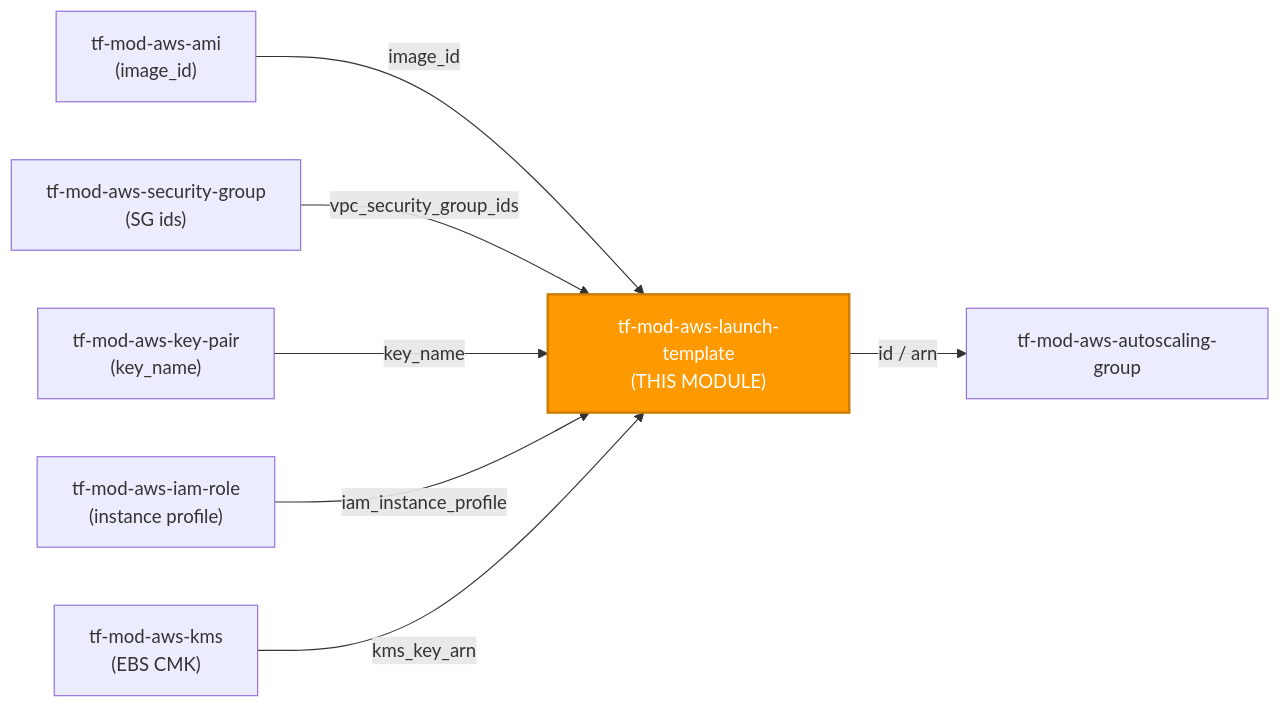
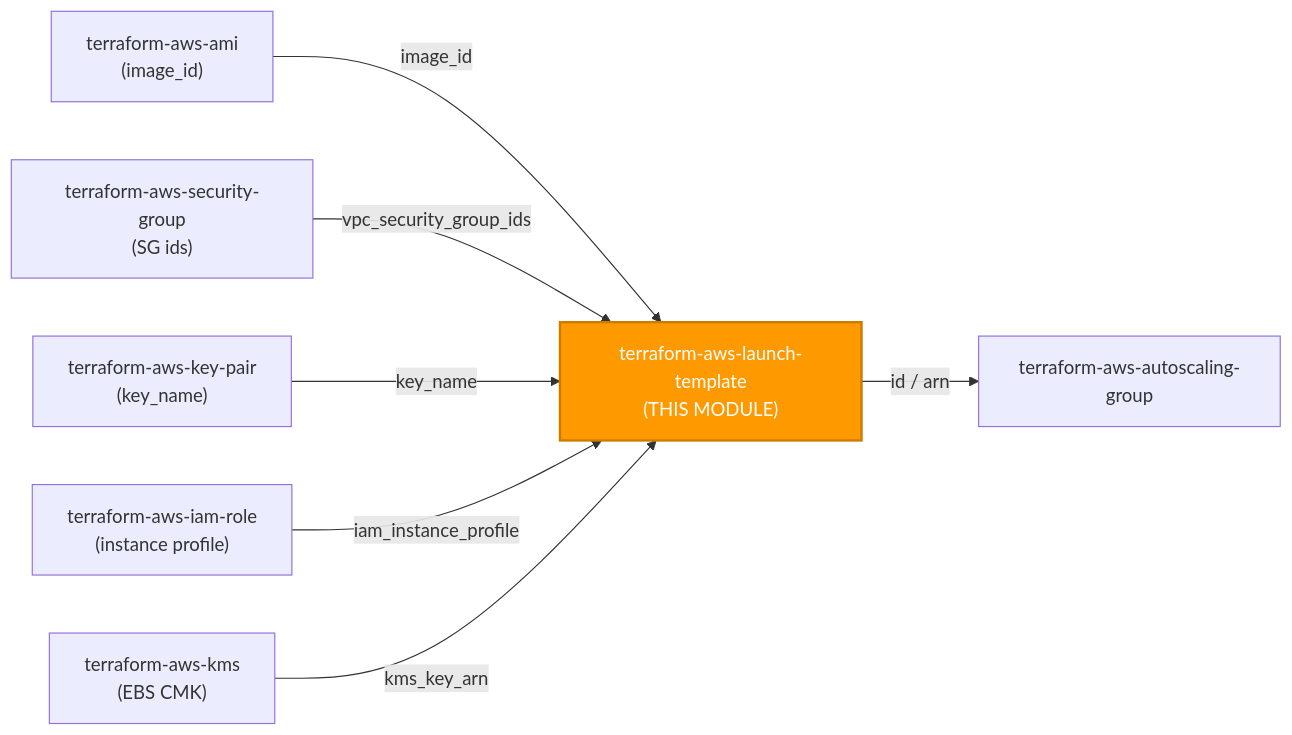
Before and after one commit to microsoftexpert/terraform-aws-launch-template: the first of 2 diagrams in README.md, drawn with Mermaid. The commit also changed other lines of this file and 2 other files, not shown here.

````diff
--- a/README.md
+++ b/README.md
@@ -44,19 +44,19 @@
 ```mermaid
 flowchart LR
- AMI["tf-mod-aws-ami<br/>(image_id)"]
- SG["tf-mod-aws-security-group<br/>(SG ids)"]
- KEY["tf-mod-aws-key-pair<br/>(key_name)"]
- IAM["tf-mod-aws-iam-role<br/>(instance profile)"]
- KMS["tf-mod-aws-kms<br/>(EBS CMK)"]
- THIS["tf-mod-aws-launch-template<br/>(THIS MODULE)"]
- ASG["tf-mod-aws-autoscaling-group"]
+ AMI["terraform-aws-ami<br/>(image_id)"]
+ SG["terraform-aws-security-group<br/>(SG ids)"]
+ KEY["terraform-aws-key-pair<br/>(key_name)"]
+ IAM["terraform-aws-iam-role<br/>(instance profile)"]
+ KMS["terraform-aws-kms<br/>(EBS CMK)"]
+ THIS["terraform-aws-launch-template<br/>(THIS MODULE)"]
+ ASG["terraform-aws-autoscaling-group"]
 
  AMI -->|"image_id"| THIS
  SG -->|"vpc_security_group_ids"| THIS
  KEY -->|"key_name"| THIS
  IAM -->|"iam_instance_profile"| THIS
  KMS -->|"kms_key_arn"| THIS
  THIS -->|"id / arn"| ASG
 
  style THIS fill:#FF9900,color:#fff,stroke:#cc7a00,stroke-width:2px
 ```
````
